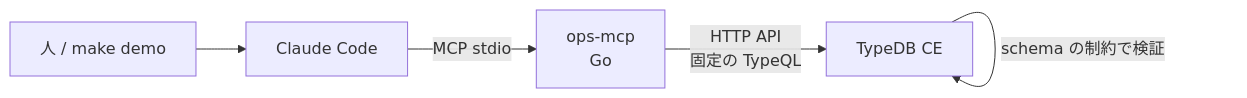
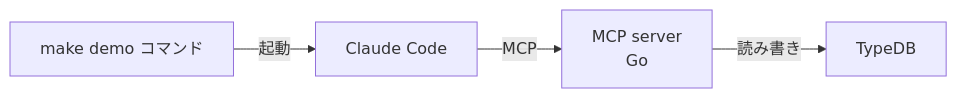
Before and after one commit to jedipunkz/jedipunkz.github.io: the first of 2 diagrams in content/post/ontology-driven-observability-playground.md, drawn with Mermaid. The commit also changed other lines of this file, not shown here.

````diff
--- a/content/post/ontology-driven-observability-playground.md
+++ b/content/post/ontology-driven-observability-playground.md
@@ -120,7 +93,6 @@
 ```mermaid
 flowchart LR
-  U[人 / make demo] --> C[Claude Code]
-  C -->|MCP stdio| M[ops-mcp<br/>Go]
-  M -->|HTTP API<br/>固定の TypeQL| T[TypeDB CE]
-  T -->|schema の制約で検証| T
+  U[make demo コマンド] -->|起動| C[Claude Code]
+  C -->|MCP| M[MCP server<br/>Go]
+  M -->|読み書き| T[TypeDB]
 ```
````
